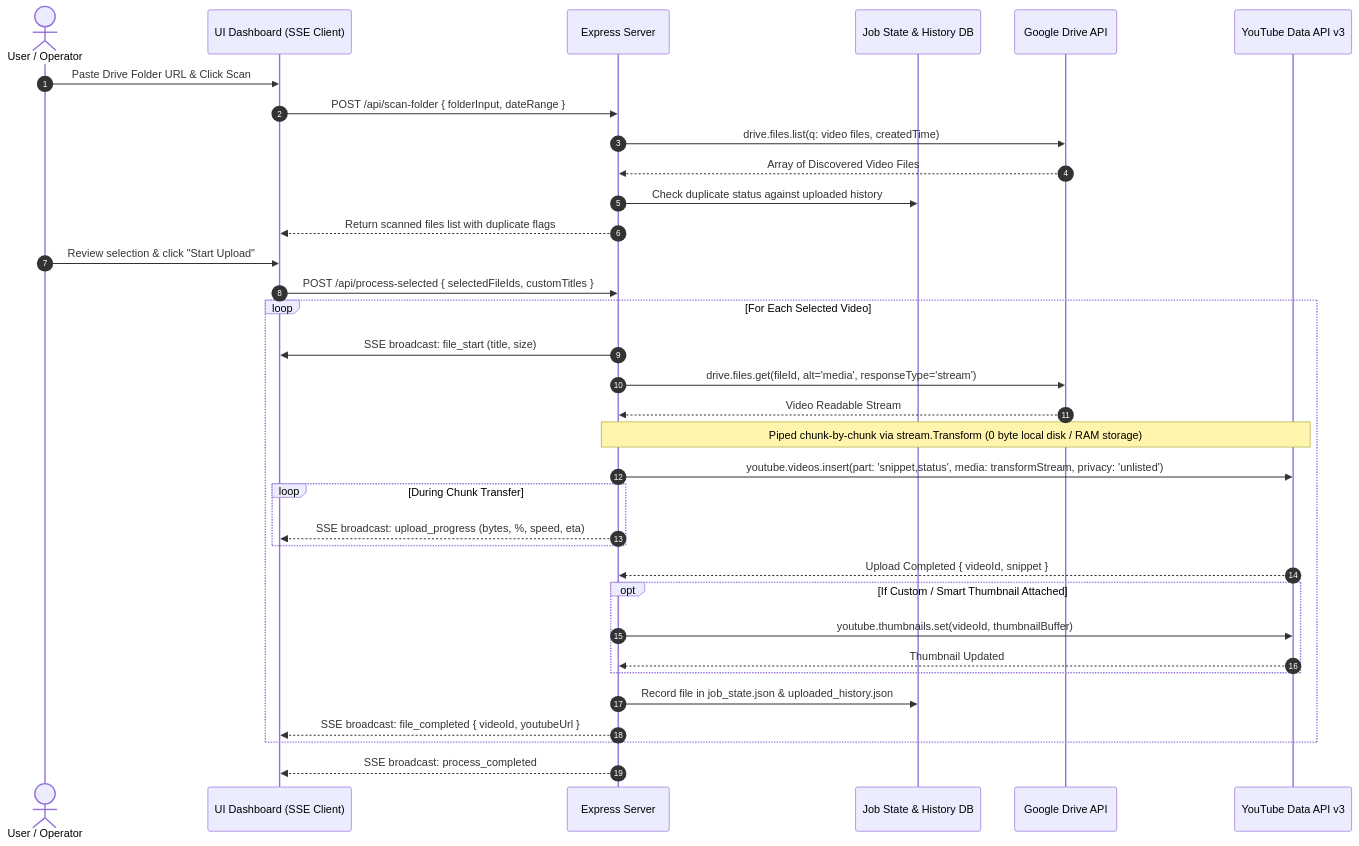
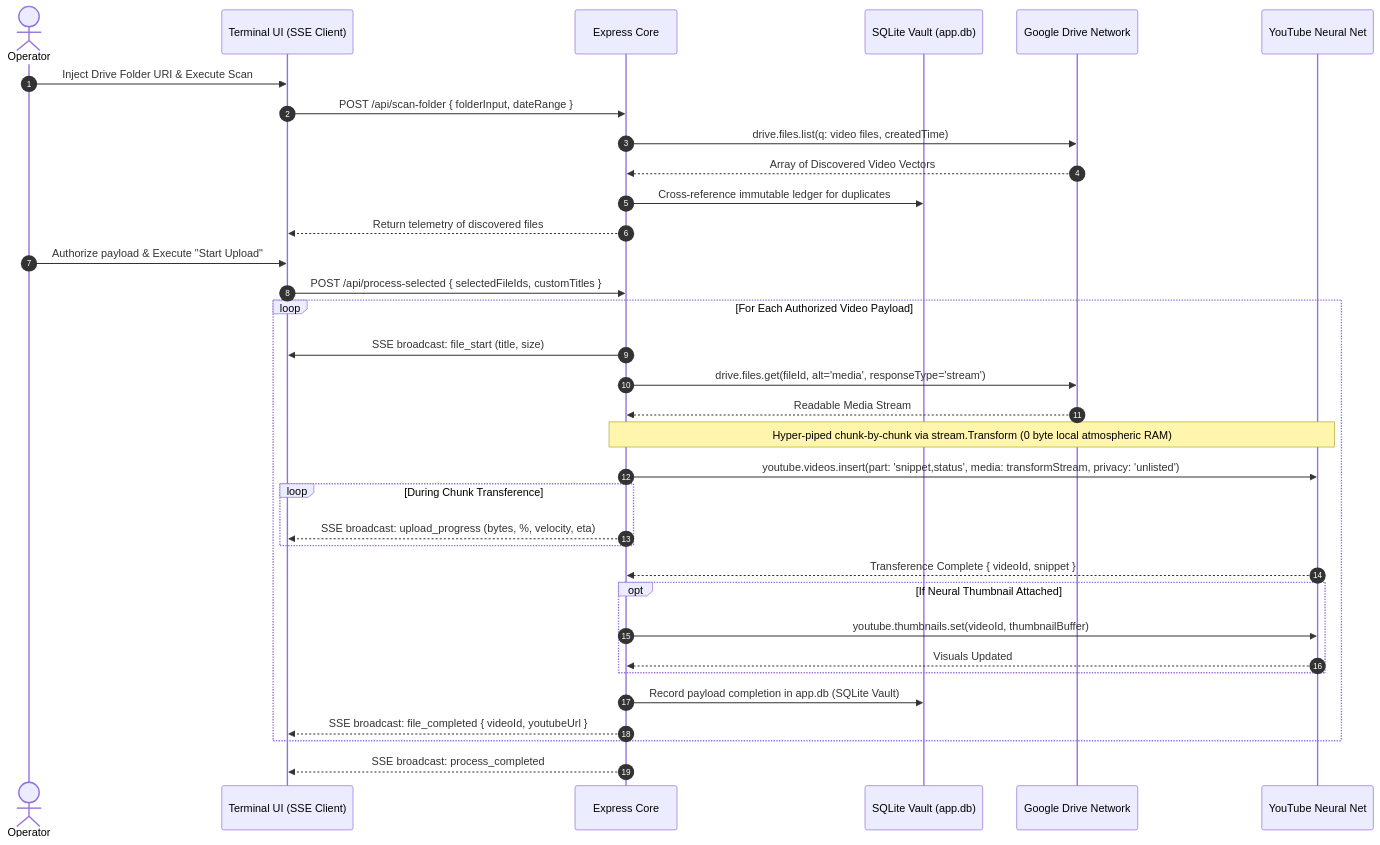
The second of 2 diagrams in README.md (aniketpw/ytuploader), drawn with Mermaid before and after one commit. The commit also changed other lines of this file and 1 other file, not shown here.

Commit message:
docs: futuristic README and updated info modal for SQLite/Isolation features

````diff
--- a/README.md
+++ b/README.md
@@ -86,45 +89,45 @@
 ```mermaid
 sequenceDiagram
     autonumber
-    actor User as User / Operator
-    participant Browser as UI Dashboard (SSE Client)
-    participant Server as Express Server
-    participant State as Job State & History DB
-    participant Drive as Google Drive API
-    participant YouTube as YouTube Data API v3
+    actor User as Operator
+    participant Browser as Terminal UI (SSE Client)
+    participant Server as Express Core
+    participant State as SQLite Vault (app.db)
+    participant Drive as Google Drive Network
+    participant YouTube as YouTube Neural Net
 
-    User->>Browser: Paste Drive Folder URL & Click Scan
+    User->>Browser: Inject Drive Folder URI & Execute Scan
     Browser->>Server: POST /api/scan-folder { folderInput, dateRange }
     Server->>Drive: drive.files.list(q: video files, createdTime)
-    Drive-->>Server: Array of Discovered Video Files
-    Server->>State: Check duplicate status against uploaded history
-    Server-->>Browser: Return scanned files list with duplicate flags
+    Drive-->>Server: Array of Discovered Video Vectors
+    Server->>State: Cross-reference immutable ledger for duplicates
+    Server-->>Browser: Return telemetry of discovered files
     
-    User->>Browser: Review selection & click "Start Upload"
+    User->>Browser: Authorize payload & Execute "Start Upload"
     Browser->>Server: POST /api/process-selected { selectedFileIds, customTitles }
     
-    loop For Each Selected Video
+    loop For Each Authorized Video Payload
         Server->>Browser: SSE broadcast: file_start (title, size)
         Server->>Drive: drive.files.get(fileId, alt='media', responseType='stream')
-        Drive-->>Server: Video Readable Stream
+        Drive-->>Server: Readable Media Stream
         
-        Note over Server,YouTube: Piped chunk-by-chunk via stream.Transform (0 byte local disk / RAM storage)
+        Note over Server,YouTube: Hyper-piped chunk-by-chunk via stream.Transform (0 byte local atmospheric RAM)
         Server->>YouTube: youtube.videos.insert(part: 'snippet,status', media: transformStream, privacy: 'unlisted')
         
-        loop During Chunk Transfer
-            Server-->>Browser: SSE broadcast: upload_progress (bytes, %, speed, eta)
+        loop During Chunk Transference
+            Server-->>Browser: SSE broadcast: upload_progress (bytes, %, velocity, eta)
         end
         
-        YouTube-->>Server: Upload Completed { videoId, snippet }
+        YouTube-->>Server: Transference Complete { videoId, snippet }
         
-        opt If Custom / Smart Thumbnail Attached
+        opt If Neural Thumbnail Attached
             Server->>YouTube: youtube.thumbnails.set(videoId, thumbnailBuffer)
-            YouTube-->>Server: Thumbnail Updated
+            YouTube-->>Server: Visuals Updated
         end
         
-        Server->>State: Record file in job_state.json & uploaded_history.json
+        Server->>State: Record payload completion in app.db (SQLite Vault)
         Server-->>Browser: SSE broadcast: file_completed { videoId, youtubeUrl }
     end
 
     Server-->>Browser: SSE broadcast: process_completed
 ```
````
